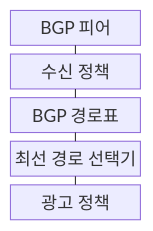
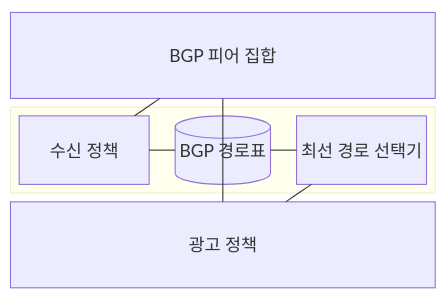
Before and after one commit to agnusdei1207/knowledge-base: the first of 2 diagrams in src/content/docs/notes/04-network/012_bgp_border_gateway_protocol.md, drawn with Mermaid. The commit also changed other lines of this file and 20 other files, not shown here.

````diff
--- a/src/content/docs/notes/04-network/012_bgp_border_gateway_protocol.md
+++ b/src/content/docs/notes/04-network/012_bgp_border_gateway_protocol.md
@@ -61,13 +61,17 @@
 ```mermaid
-block-beta
+block
     columns 1
-    A["BGP 피어"]
-    B["수신 정책"]
-    C["BGP 경로표"]
-    D["최선 경로 선택기"]
-    E["광고 정책"]
-    A --- B
-    B --- C
-    C --- D
-    D --- E
+    P["BGP 피어 집합"]
+    block:BGP_ROUTER
+        columns 3
+        I["수신 정책"]
+        R[("BGP 경로표")]
+        S["최선 경로 선택기"]
+    end
+    O["광고 정책"]
+    P --- I
+    I --- R
+    R --- S
+    S --- O
+    O --- P
 ```
````
